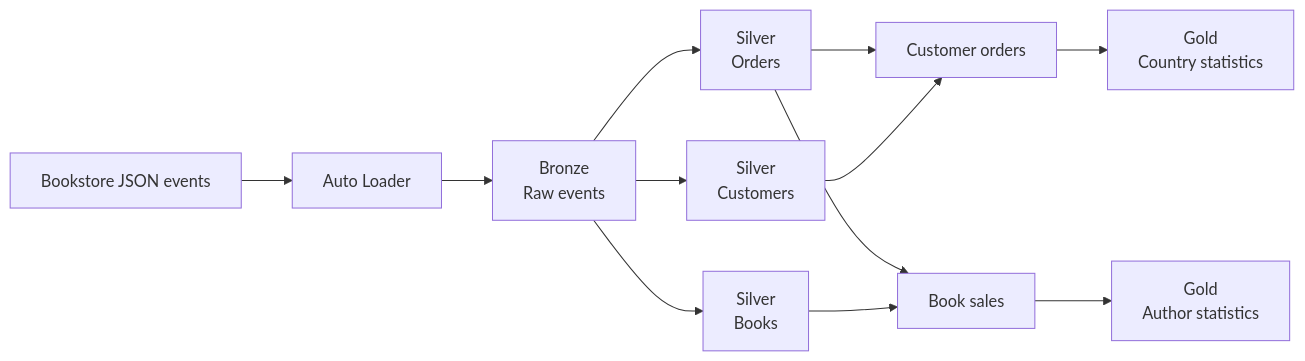
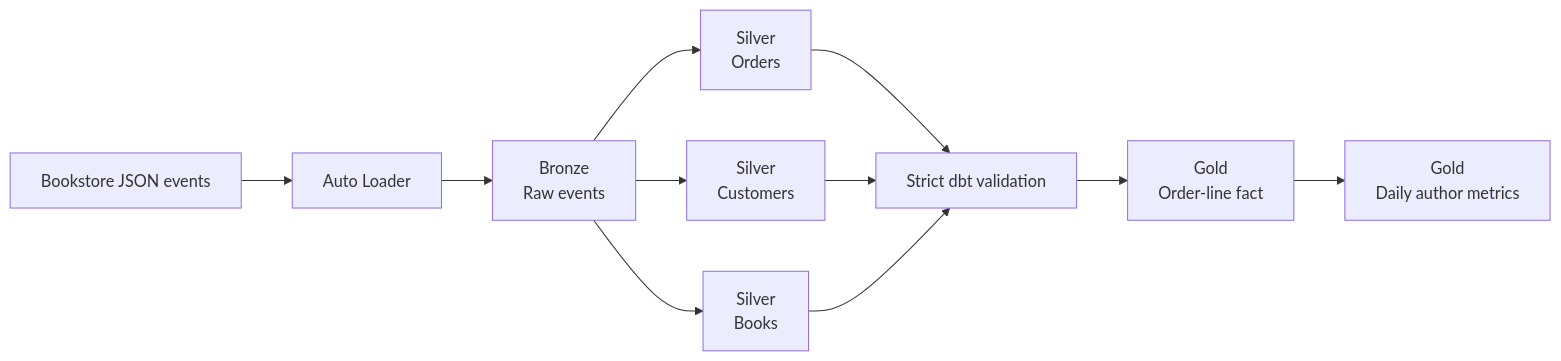
One commit to yuvrajt463/Databricks-Bookstore-Engineering changed the diagram in README.md. Above: the diagram before and after it, drawn with Mermaid. The commit also changed other lines of this file and 37 other files, not shown here.

Commit message:
feat: add strict dbt validation workflow

````diff
--- a/README.md
+++ b/README.md
@@ -12,14 +12,13 @@
 ```mermaid
 flowchart LR
     A["Bookstore JSON events"] --> B["Auto Loader"]
     B --> C["Bronze<br/>Raw events"]
     C --> D1["Silver<br/>Orders"]
     C --> D2["Silver<br/>Customers"]
     C --> D3["Silver<br/>Books"]
-    D1 --> E1["Customer orders"]
-    D2 --> E1
-    D1 --> E2["Book sales"]
-    D3 --> E2
-    E1 --> F1["Gold<br/>Country statistics"]
-    E2 --> F2["Gold<br/>Author statistics"]
+    D1 --> E["Strict dbt validation"]
+    D2 --> E
+    D3 --> E
+    E --> F["Gold<br/>Order-line fact"]
+    F --> G["Gold<br/>Daily author metrics"]
 ```
````
